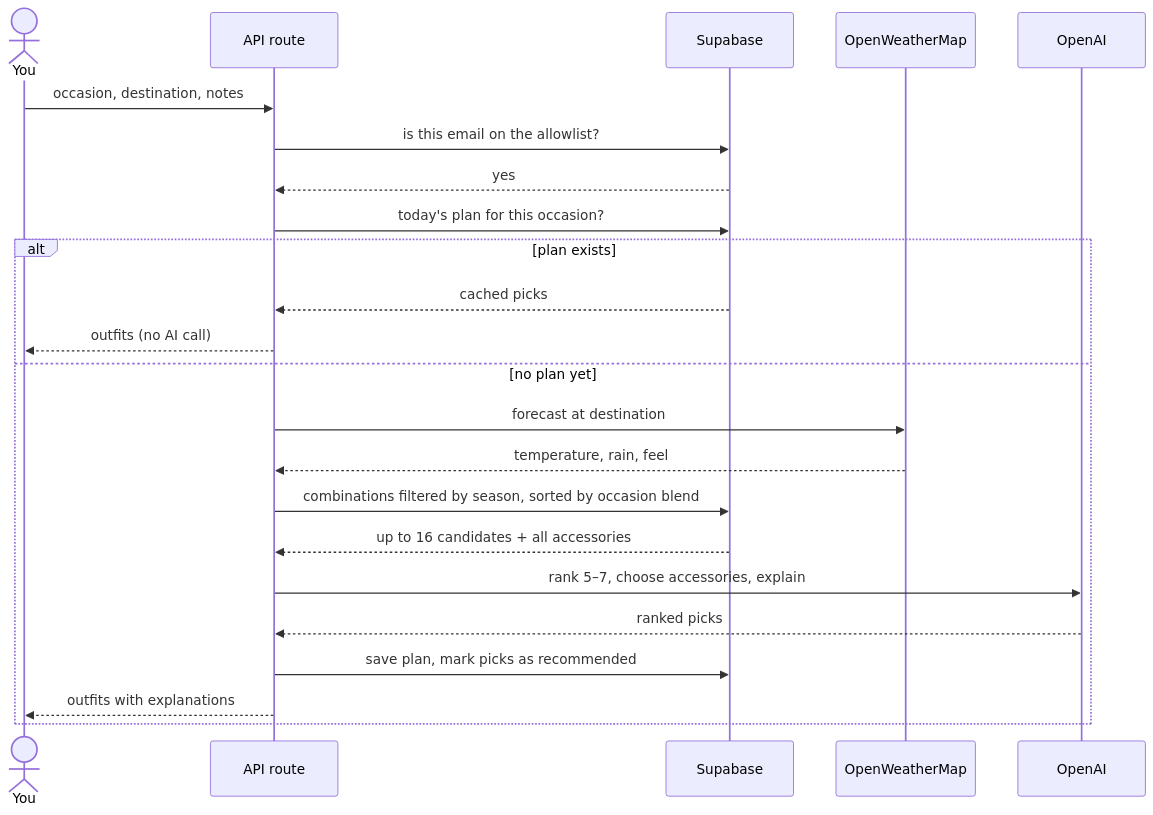
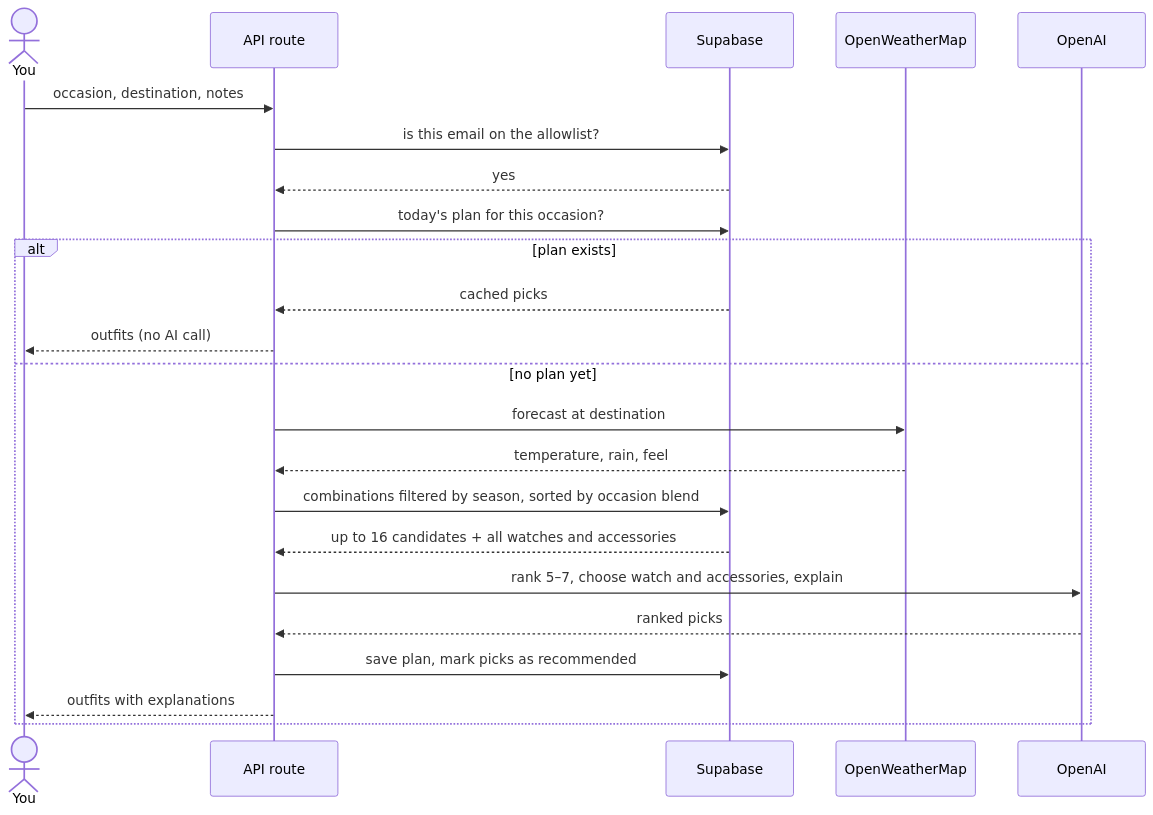
The third of 4 diagrams in README.md (roldanalex/fashion-helper-app), drawn with Mermaid before and after one commit. The commit also changed other lines of this file and 32 other files, not shown here.

````diff
--- a/README.md
+++ b/README.md
@@ -186,26 +189,26 @@
 ```mermaid
 sequenceDiagram
     actor U as You
     participant A as API route
     participant S as Supabase
     participant W as OpenWeatherMap
     participant O as OpenAI
 
     U->>A: occasion, destination, notes
     A->>S: is this email on the allowlist?
     S-->>A: yes
     A->>S: today's plan for this occasion?
     alt plan exists
         S-->>A: cached picks
         A-->>U: outfits (no AI call)
     else no plan yet
         A->>W: forecast at destination
         W-->>A: temperature, rain, feel
         A->>S: combinations filtered by season, sorted by occasion blend
-        S-->>A: up to 16 candidates + all accessories
-        A->>O: rank 5–7, choose accessories, explain
+        S-->>A: up to 16 candidates + all watches and accessories
+        A->>O: rank 5–7, choose watch and accessories, explain
         O-->>A: ranked picks
         A->>S: save plan, mark picks as recommended
         A-->>U: outfits with explanations
     end
 ```
````
